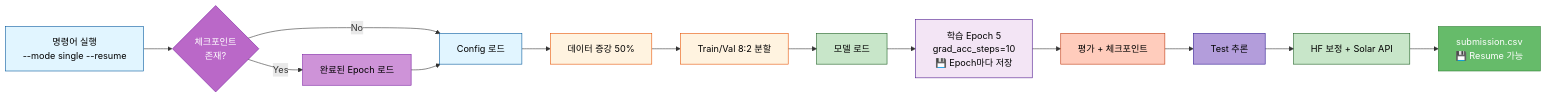
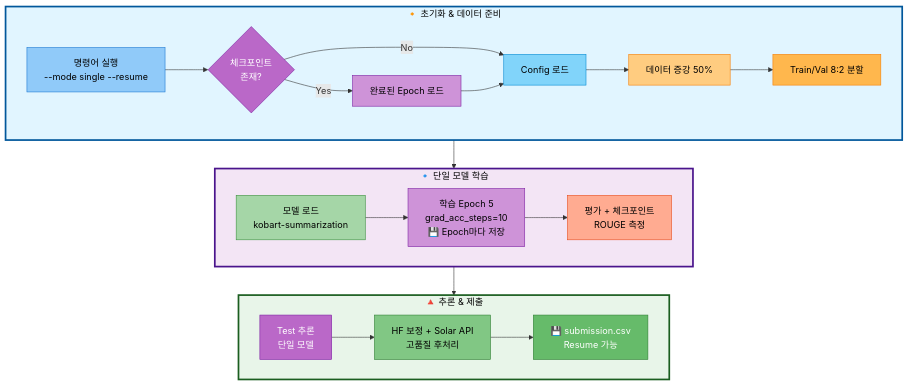
One commit to AIBootcamp14/naturallanguageprocessingcompetition-nlp-1 changed the fifth of 6 diagrams in docs/모듈화/04_02_KoBART_단일모델_최강_성능_전략.md. Above: the diagram before and after it, drawn with Mermaid. The commit also changed other lines of this file, not shown here.

````diff
--- a/docs/모듈화/04_02_KoBART_단일모델_최강_성능_전략.md
+++ b/docs/모듈화/04_02_KoBART_단일모델_최강_성능_전략.md
@@ -650,28 +678,47 @@
 ```mermaid
-graph LR
-    A[명령어 실행<br/>--mode single --resume] --> CP1{체크포인트<br/>존재?}
-    CP1 -->|Yes| CP2[완료된 Epoch 로드]
-    CP1 -->|No| B[Config 로드]
-    CP2 --> B
-    B --> C[데이터 증강 50%]
-    C --> D[Train/Val 8:2 분할]
-    D --> E[모델 로드]
-    E --> F[학습 Epoch 5<br/>grad_acc_steps=10<br/>💾 Epoch마다 저장]
-    F --> G[평가 + 체크포인트]
-    G --> H[Test 추론]
-    H --> I[HF 보정 + Solar API]
-    I --> J[submission.csv<br/>💾 Resume 가능]
-
-    style A fill:#e1f5ff,stroke:#01579b,color:#000
+graph TB
+    subgraph Init["🔸 초기화 & 데이터 준비"]
+        direction LR
+        A[명령어 실행<br/>--mode single --resume] --> CP1{체크포인트<br/>존재?}
+        CP1 -->|Yes| CP2[완료된 Epoch 로드]
+        CP1 -->|No| B[Config 로드]
+        CP2 --> B
+        B --> C[데이터 증강 50%]
+        C --> D[Train/Val 8:2 분할]
+    end
+    
+    subgraph Training["🔹 단일 모델 학습"]
+        direction LR
+        E[모델 로드<br/>kobart-summarization] --> F[학습 Epoch 5<br/>grad_acc_steps=10<br/>💾 Epoch마다 저장]
+        F --> G[평가 + 체크포인트<br/>ROUGE 측정]
+    end
+    
+    subgraph Output["🔺 추론 & 제출"]
+        direction LR
+        H[Test 추론<br/>단일 모델] --> I[HF 보정 + Solar API<br/>고품질 후처리]
+        I --> J[💾 submission.csv<br/>Resume 가능]
+    end
+    
+    %% 단계 간 연결 (세로)
+    Init --> Training
+    Training --> Output
+    
+    %% Subgraph 스타일
+    style Init fill:#e1f5ff,stroke:#01579b,stroke-width:3px,color:#000
+    style Training fill:#f3e5f5,stroke:#4a148c,stroke-width:3px,color:#000
+    style Output fill:#e8f5e9,stroke:#1b5e20,stroke-width:3px,color:#000
+    
+    %% 노드 스타일
+    style A fill:#90caf9,stroke:#1976d2,color:#000
     style CP1 fill:#ba68c8,stroke:#7b1fa2,color:#fff
     style CP2 fill:#ce93d8,stroke:#7b1fa2,color:#000
-    style B fill:#e1f5ff,stroke:#01579b,color:#000
-    style C fill:#fff3e0,stroke:#e65100,color:#000
-    style D fill:#fff3e0,stroke:#e65100,color:#000
-    style E fill:#c8e6c9,stroke:#1b5e20,color:#000
-    style F fill:#f3e5f5,stroke:#4a148c,color:#000
-    style G fill:#ffccbc,stroke:#bf360c,color:#000
-    style H fill:#b39ddb,stroke:#311b92,color:#000
-    style I fill:#c8e6c9,stroke:#1b5e20,color:#000
+    style B fill:#81d4fa,stroke:#0288d1,color:#000
+    style C fill:#ffcc80,stroke:#f57c00,color:#000
+    style D fill:#ffb74d,stroke:#f57c00,color:#000
+    style E fill:#a5d6a7,stroke:#388e3c,color:#000
+    style F fill:#ce93d8,stroke:#7b1fa2,color:#000
+    style G fill:#ffab91,stroke:#e64a19,color:#000
+    style H fill:#ba68c8,stroke:#7b1fa2,color:#fff
+    style I fill:#81c784,stroke:#2e7d32,color:#000
     style J fill:#66bb6a,stroke:#2e7d32,color:#fff
 ```
````
